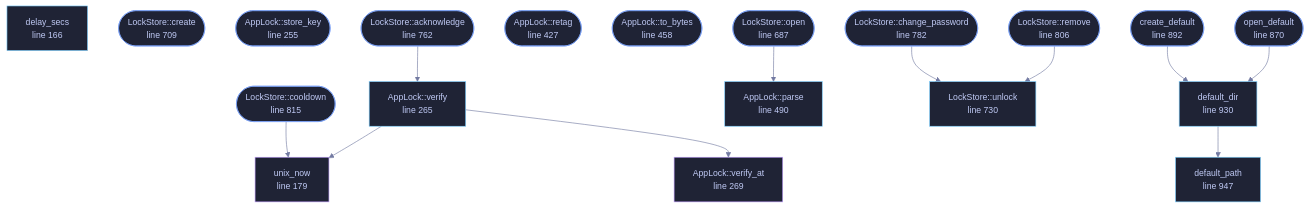
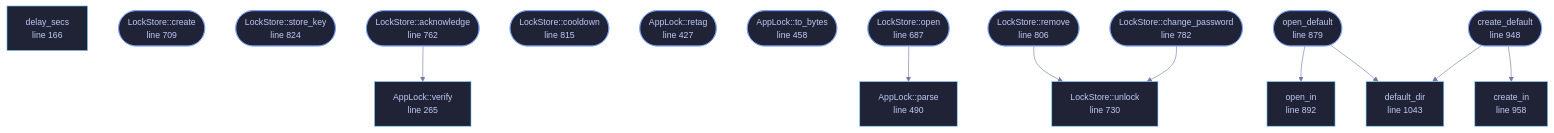
One commit to tilas01/veilvoice changed the diagram in wiki/File-veilvoice-crypto-lock.md. Above: the diagram before and after it, drawn with Mermaid. The commit also changed other lines of this file and 102 other files, not shown here.

````diff
--- a/wiki/File-veilvoice-crypto-lock.md
+++ b/wiki/File-veilvoice-crypto-lock.md
@@ -186,64 +188,60 @@
 ```mermaid
 %%{init: {"theme":"base","themeVariables":{"background":"#1a1b26","primaryColor":"#1f2335","primaryTextColor":"#c0caf5","primaryBorderColor":"#7aa2f7","secondaryColor":"#16161e","tertiaryColor":"#16161e","lineColor":"#737aa2","textColor":"#c0caf5","mainBkg":"#1f2335","nodeBorder":"#7aa2f7","clusterBkg":"#16161e","clusterBorder":"#2f3549","fontFamily":"ui-monospace, SFMono-Regular, Consolas, monospace","fontSize":"14px"}}}%%
 flowchart TD
     n_delay_secs["delay_secs<br/>line 166"]
-    n_unix_now["unix_now<br/>line 179"]
     n_create(["AppLock::create<br/>line 223"])
     n_store_key(["AppLock::store_key<br/>line 255"])
     n_verify["AppLock::verify<br/>line 265"]
-    n_verify_at["AppLock::verify_at<br/>line 269"]
     n_acknowledge(["AppLock::acknowledge<br/>line 327"])
     n_cooldown(["AppLock::cooldown<br/>line 367"])
     n_retag(["AppLock::retag<br/>line 427"])
     n_to_bytes(["AppLock::to_bytes<br/>line 458"])
     n_parse["AppLock::parse<br/>line 490"]
     n_open(["LockStore::open<br/>line 687"])
     n_create(["LockStore::create<br/>line 709"])
     n_unlock["LockStore::unlock<br/>line 730"]
     n_acknowledge(["LockStore::acknowledge<br/>line 762"])
     n_change_password(["LockStore::change_password<br/>line 782"])
     n_remove(["LockStore::remove<br/>line 806"])
     n_cooldown(["LockStore::cooldown<br/>line 815"])
-    n_open_default(["open_default<br/>line 870"])
-    n_create_default(["create_default<br/>line 892"])
-    n_default_dir["default_dir<br/>line 930"]
-    n_default_path["default_path<br/>line 947"]
+    n_store_key(["LockStore::store_key<br/>line 824"])
+    n_open_default(["open_default<br/>line 879"])
+    n_open_in["open_in<br/>line 892"]
+    n_create_default(["create_default<br/>line 948"])
+    n_create_in["create_in<br/>line 958"]
+    n_default_dir["default_dir<br/>line 1043"]
     n_acknowledge --> n_verify
     n_change_password --> n_unlock
-    n_cooldown --> n_unix_now
+    n_create_default --> n_create_in
     n_create_default --> n_default_dir
-    n_default_dir --> n_default_path
     n_open --> n_parse
     n_open_default --> n_default_dir
+    n_open_default --> n_open_in
     n_remove --> n_unlock
-    n_verify --> n_unix_now
-    n_verify --> n_verify_at
     click n_delay_secs href "https://github.com/tilas01/veilvoice/blob/main/crates/veilvoice-crypto/src/lock.rs#L166" "open the source"
-    click n_unix_now href "https://github.com/tilas01/veilvoice/blob/main/crates/veilvoice-crypto/src/lock.rs#L179" "open the source"
     click n_create href "https://github.com/tilas01/veilvoice/blob/main/crates/veilvoice-crypto/src/lock.rs#L223" "open the source"
     click n_store_key href "https://github.com/tilas01/veilvoice/blob/main/crates/veilvoice-crypto/src/lock.rs#L255" "open the source"
     click n_verify href "https://github.com/tilas01/veilvoice/blob/main/crates/veilvoice-crypto/src/lock.rs#L265" "open the source"
-    click n_verify_at href "https://github.com/tilas01/veilvoice/blob/main/crates/veilvoice-crypto/src/lock.rs#L269" "open the source"
     click n_acknowledge href "https://github.com/tilas01/veilvoice/blob/main/crates/veilvoice-crypto/src/lock.rs#L327" "open the source"
     click n_cooldown href "https://github.com/tilas01/veilvoice/blob/main/crates/veilvoice-crypto/src/lock.rs#L367" "open the source"
     click n_retag href "https://github.com/tilas01/veilvoice/blob/main/crates/veilvoice-crypto/src/lock.rs#L427" "open the source"
     click n_to_bytes href "https://github.com/tilas01/veilvoice/blob/main/crates/veilvoice-crypto/src/lock.rs#L458" "open the source"
     click n_parse href "https://github.com/tilas01/veilvoice/blob/main/crates/veilvoice-crypto/src/lock.rs#L490" "open the source"
     click n_open href "https://github.com/tilas01/veilvoice/blob/main/crates/veilvoice-crypto/src/lock.rs#L687" "open the source"
     click n_create href "https://github.com/tilas01/veilvoice/blob/main/crates/veilvoice-crypto/src/lock.rs#L709" "open the source"
     click n_unlock href "https://github.com/tilas01/veilvoice/blob/main/crates/veilvoice-crypto/src/lock.rs#L730" "open the source"
     click n_acknowledge href "https://github.com/tilas01/veilvoice/blob/main/crates/veilvoice-crypto/src/lock.rs#L762" "open the source"
     click n_change_password href "https://github.com/tilas01/veilvoice/blob/main/crates/veilvoice-crypto/src/lock.rs#L782" "open the source"
     click n_remove href "https://github.com/tilas01/veilvoice/blob/main/crates/veilvoice-crypto/src/lock.rs#L806" "open the source"
     click n_cooldown href "https://github.com/tilas01/veilvoice/blob/main/crates/veilvoice-crypto/src/lock.rs#L815" "open the source"
-    click n_open_default href "https://github.com/tilas01/veilvoice/blob/main/crates/veilvoice-crypto/src/lock.rs#L870" "open the source"
-    click n_create_default href "https://github.com/tilas01/veilvoice/blob/main/crates/veilvoice-crypto/src/lock.rs#L892" "open the source"
-    click n_default_dir href "https://github.com/tilas01/veilvoice/blob/main/crates/veilvoice-crypto/src/lock.rs#L930" "open the source"
-    click n_default_path href "https://github.com/tilas01/veilvoice/blob/main/crates/veilvoice-crypto/src/lock.rs#L947" "open the source"
+    click n_store_key href "https://github.com/tilas01/veilvoice/blob/main/crates/veilvoice-crypto/src/lock.rs#L824" "open the source"
+    click n_open_default href "https://github.com/tilas01/veilvoice/blob/main/crates/veilvoice-crypto/src/lock.rs#L879" "open the source"
+    click n_open_in href "https://github.com/tilas01/veilvoice/blob/main/crates/veilvoice-crypto/src/lock.rs#L892" "open the source"
+    click n_create_default href "https://github.com/tilas01/veilvoice/blob/main/crates/veilvoice-crypto/src/lock.rs#L948" "open the source"
+    click n_create_in href "https://github.com/tilas01/veilvoice/blob/main/crates/veilvoice-crypto/src/lock.rs#L958" "open the source"
+    click n_default_dir href "https://github.com/tilas01/veilvoice/blob/main/crates/veilvoice-crypto/src/lock.rs#L1043" "open the source"
     classDef entry fill:#1f2335,stroke:#7aa2f7,color:#c0caf5
-    class n_create,n_store_key,n_acknowledge,n_cooldown,n_retag,n_to_bytes,n_open,n_create,n_acknowledge,n_change_password,n_remove,n_cooldown,n_open_default,n_create_default entry
+    class n_create,n_store_key,n_acknowledge,n_cooldown,n_retag,n_to_bytes,n_open,n_create,n_acknowledge,n_change_password,n_remove,n_cooldown,n_store_key,n_open_default,n_create_default entry
     classDef api fill:#1f2335,stroke:#7dcfff,color:#c0caf5
-    class n_delay_secs,n_verify,n_parse,n_unlock,n_default_dir,n_default_path api
-    classDef helper fill:#1f2335,stroke:#bb9af7,color:#c0caf5
-    class n_unix_now,n_verify_at helper
+    class n_delay_secs,n_verify,n_parse,n_unlock,n_open_in,n_create_in,n_default_dir api
 ```
````
